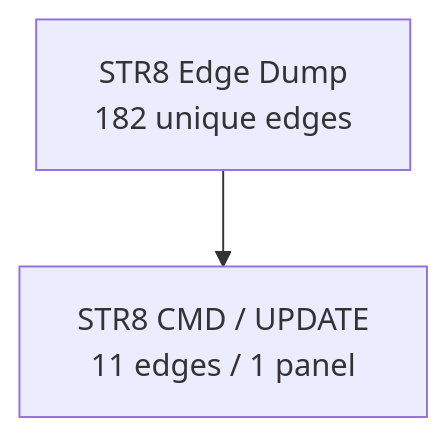
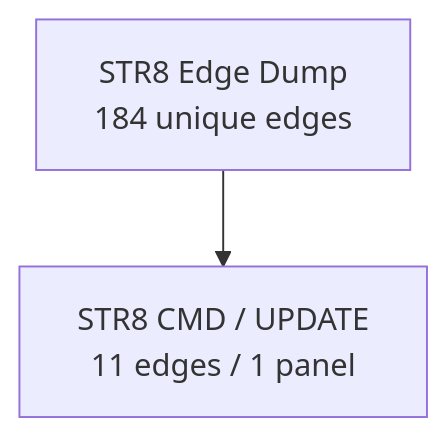
One commit to 95westus/R-YORS changed the fourth of 45 diagrams in DOC/GUIDES/STR8/STR8_EDGE_DUMP.md. Above: the diagram before and after it, drawn with Mermaid. The commit also changed other lines of this file and 42 other files, not shown here.

````diff
--- a/DOC/GUIDES/STR8/STR8_EDGE_DUMP.md
+++ b/DOC/GUIDES/STR8/STR8_EDGE_DUMP.md
@@ -80,4 +80,4 @@
 ```mermaid
 flowchart TD
-    EDGE_ATLAS_ROOT_3["STR8 Edge Dump<br/>182 unique edges"] --> EDGE_FAMILY_3_0["STR8 CMD / UPDATE<br/>11 edges / 1 panel"]
+    EDGE_ATLAS_ROOT_3["STR8 Edge Dump<br/>184 unique edges"] --> EDGE_FAMILY_3_0["STR8 CMD / UPDATE<br/>11 edges / 1 panel"]
 ```
````
